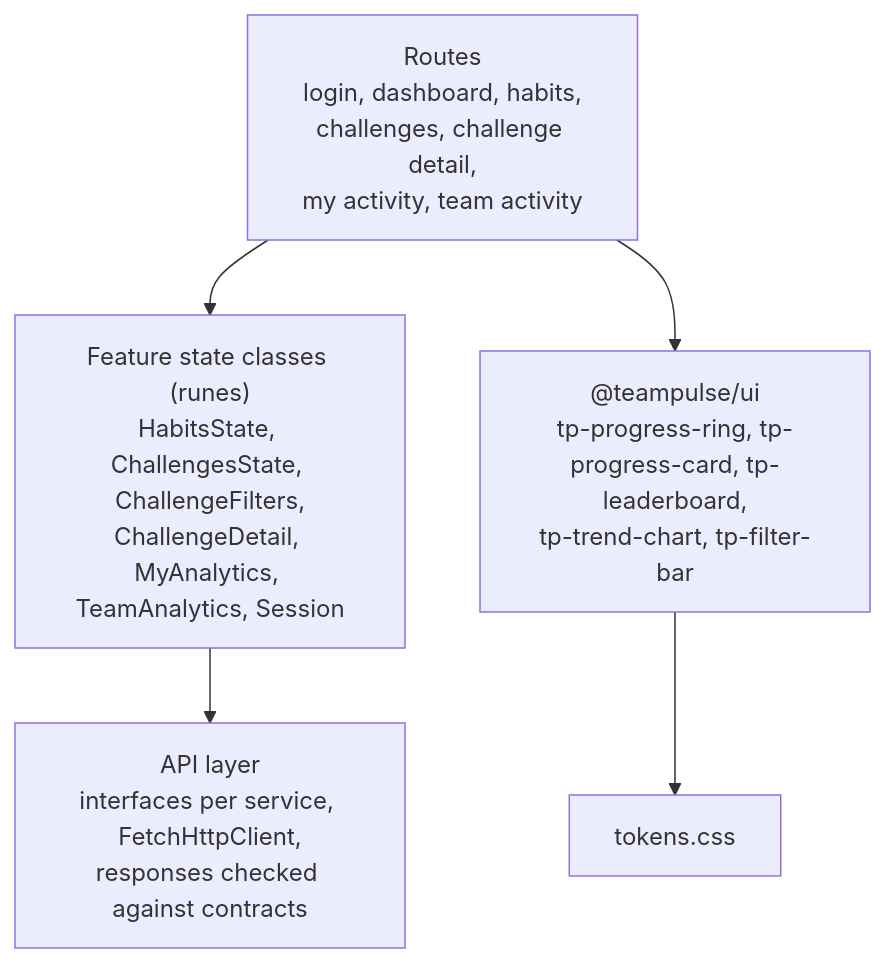
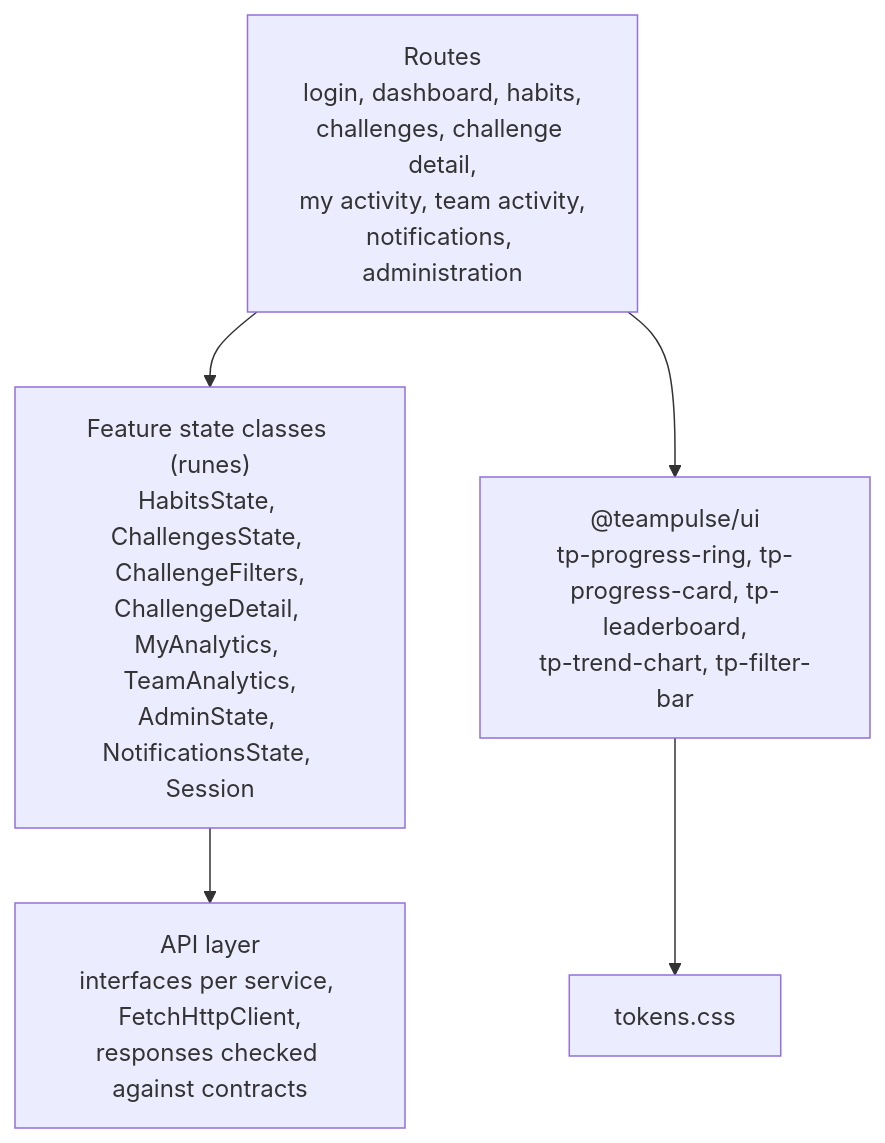
One commit to srikar2000sundram/TEAM_PULSE_ASSIGNMENT changed the fourth of 4 diagrams in docs/architecture/04-frontend.md. Above: the diagram before and after it, drawn with Mermaid. The commit also changed other lines of this file and 9 other files, not shown here.

First line of the commit message:
Add admin and notifications pages; make verify work on a clean checkout

````diff
--- a/docs/architecture/04-frontend.md
+++ b/docs/architecture/04-frontend.md
@@ -129,13 +129,13 @@
 ```mermaid
 flowchart TB
-    routes["Routes<br/>login, dashboard, habits,<br/>challenges, challenge detail,<br/>my activity, team activity"]
-    features["Feature state classes (runes)<br/>HabitsState, ChallengesState, ChallengeFilters,<br/>ChallengeDetail, MyAnalytics, TeamAnalytics, Session"]
+    routes["Routes<br/>login, dashboard, habits,<br/>challenges, challenge detail,<br/>my activity, team activity,<br/>notifications, administration"]
+    features["Feature state classes (runes)<br/>HabitsState, ChallengesState, ChallengeFilters,<br/>ChallengeDetail, MyAnalytics, TeamAnalytics,<br/>AdminState, NotificationsState, Session"]
     api["API layer<br/>interfaces per service, FetchHttpClient,<br/>responses checked against contracts"]
     ui["@teampulse/ui<br/>tp-progress-ring, tp-progress-card, tp-leaderboard,<br/>tp-trend-chart, tp-filter-bar"]
     tokens["tokens.css"]
 
     routes --> features
     routes --> ui
     features --> api
     ui --> tokens
 ```
````
